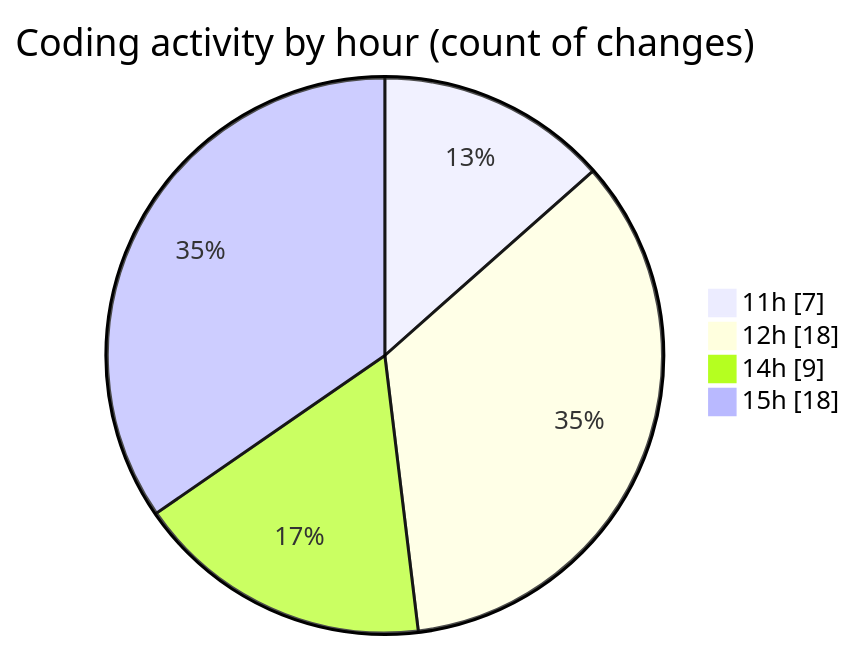
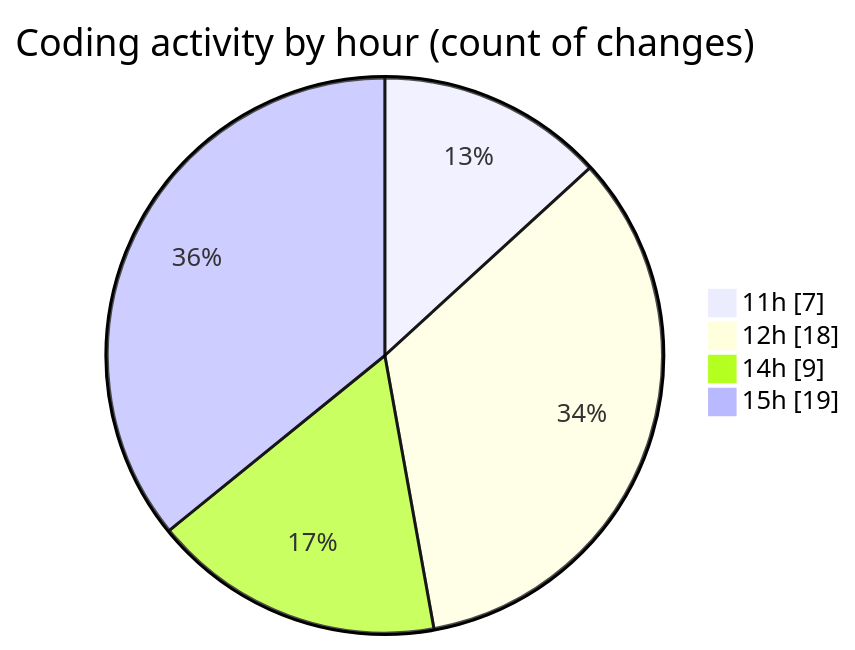
One commit to nxtqubesakshisongat/code-tracking changed the second of 2 diagrams in 2025-09-25/nxtqube_webapp/README.md. Above: the diagram before and after it, drawn with Mermaid. The commit also changed other lines of this file and 1 other file, not shown here.

````diff
--- a/2025-09-25/nxtqube_webapp/README.md
+++ b/2025-09-25/nxtqube_webapp/README.md
@@ -31,8 +31,8 @@
 ```mermaid
 pie showData
 title Coding activity by hour (count of changes)
 "11h" : 7
 "12h" : 18
 "14h" : 9
-"15h" : 18
+"15h" : 19
 ```
````
